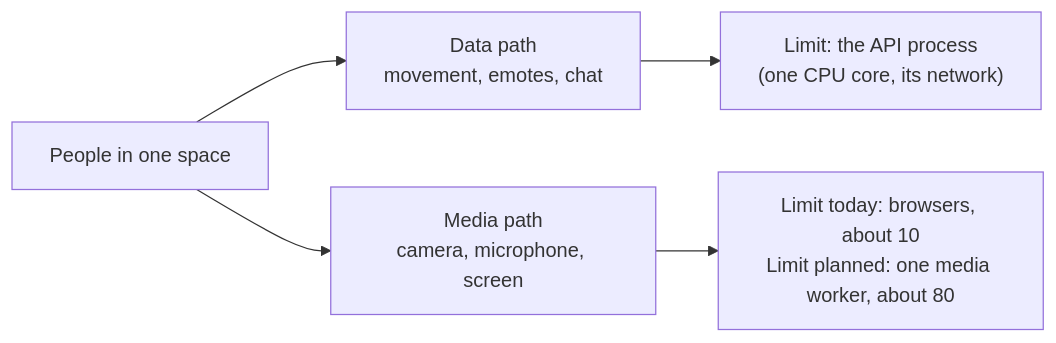
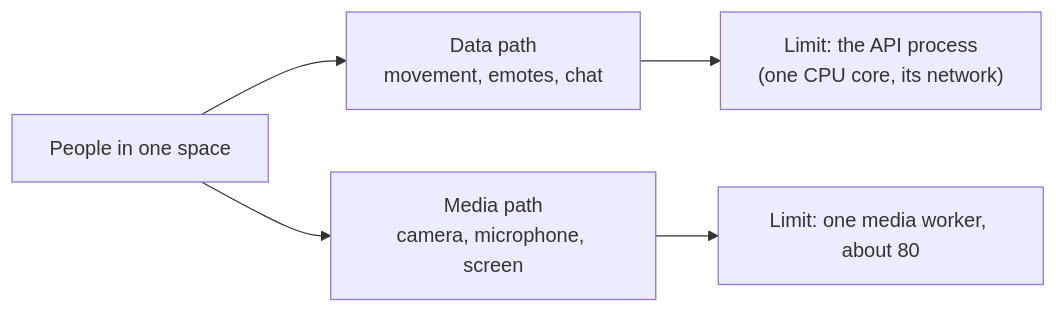
One commit to kauavitorrodrigues/standin changed the fifth of 5 diagrams in docs/performance.md. Above: the diagram before and after it, drawn with Mermaid. The commit also changed other lines of this file, not shown here.

````diff
--- a/docs/performance.md
+++ b/docs/performance.md
@@ -628,7 +581,7 @@
 ```mermaid
 flowchart LR
     N[People in one space] --> D[Data path<br/>movement, emotes, chat]
     N --> M[Media path<br/>camera, microphone, screen]
     D --> L1["Limit: the API process<br/>(one CPU core, its network)"]
-    M --> L2["Limit today: browsers, about 10<br/>Limit planned: one media worker, about 80"]
+    M --> L2["Limit: one media worker, about 80"]
 ```
````
